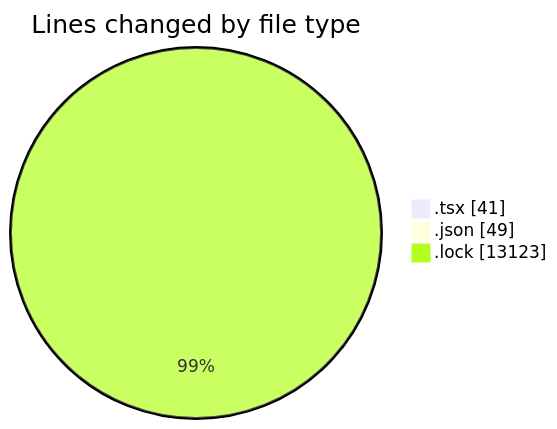
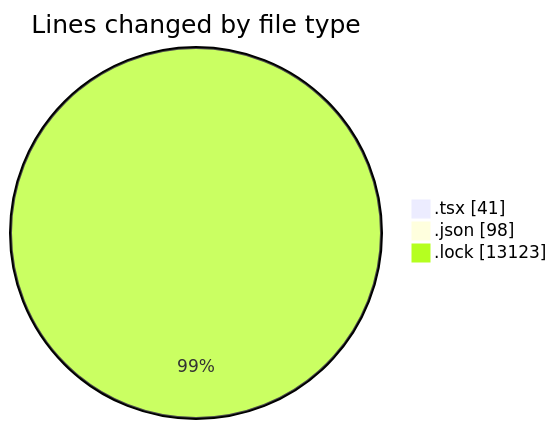
One commit to momahboobian/code-tracking changed the first of 2 diagrams in 2025-09-03/cda/README.md. Above: the diagram before and after it, drawn with Mermaid. The commit also changed other lines of this file and 1 other file, not shown here.

````diff
--- a/2025-09-03/cda/README.md
+++ b/2025-09-03/cda/README.md
@@ -26,7 +26,7 @@
 ```mermaid
 pie showData
 title Lines changed by file type
 ".tsx" : 41
-".json" : 49
+".json" : 98
 ".lock" : 13123
 ```
````
